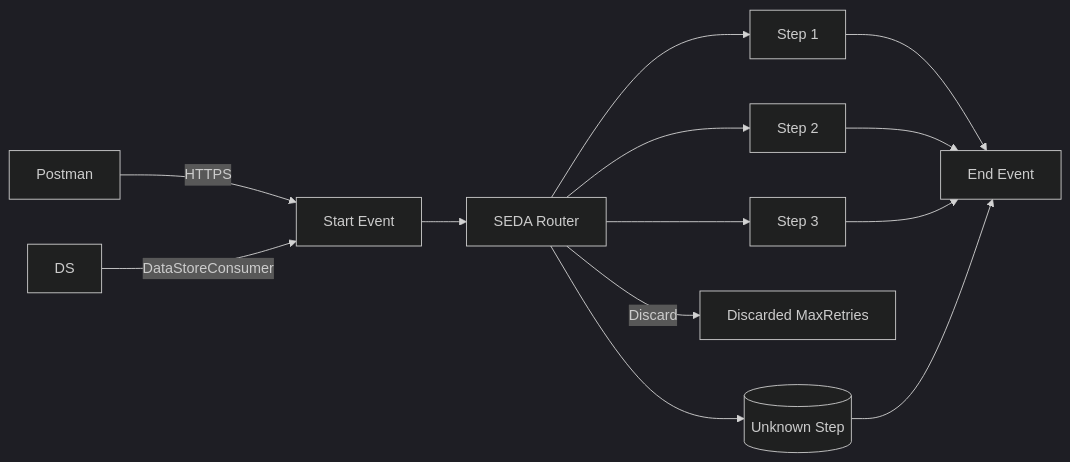
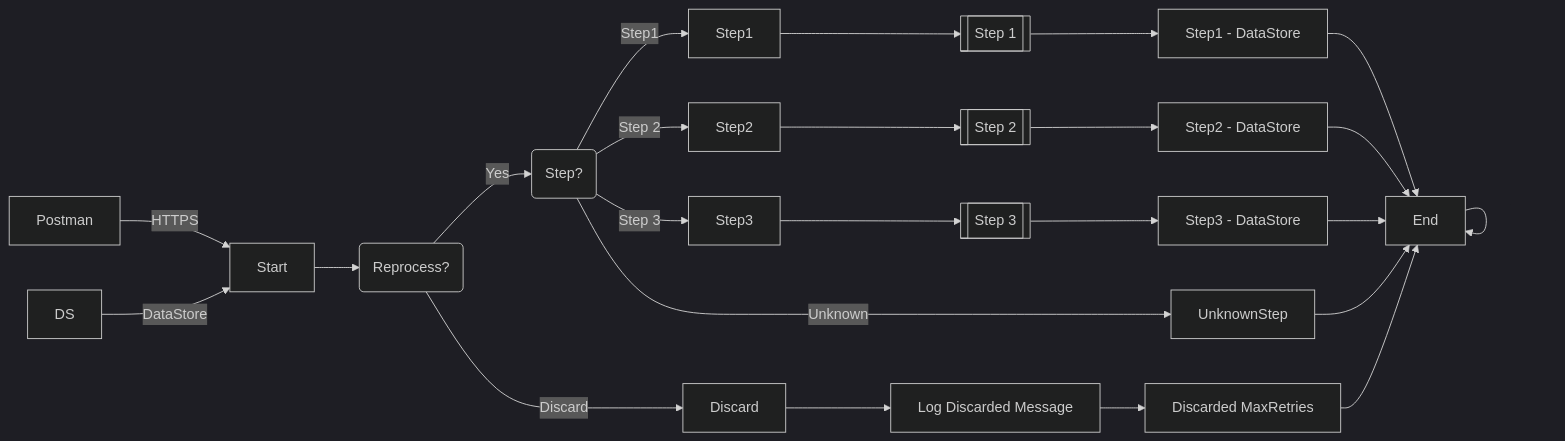
The diagram in MMZ - Cell Iflows/SEDA_Model_-_Single_DS_-_Restart_and_Discard_MMZ-1.0.1/readme.md (Avvale-IA-CICD/AvvaleCPI), drawn with Mermaid (dark theme) before and after one commit. The commit also changed other lines of this file, not shown here.

Commit message:
Add/update documentation for SEDA_Model_-_Single_DS_-_Restart_and_Discard_MMZ v1.0.1

````diff
--- a/MMZ - Cell Iflows/SEDA_Model_-_Single_DS_-_Restart_and_Discard_MMZ-1.0.1/readme.md
+++ b/MMZ - Cell Iflows/SEDA_Model_-_Single_DS_-_Restart_and_Discard_MMZ-1.0.1/readme.md
@@ -4,25 +4,53 @@
 ```mermaid
 graph LR
     Postman[Postman]
     DS[DS]
-    Start[Start Event]
-    Router[SEDA Router]
-    Step1[Step 1]
-    Step2[Step 2]
-    Step3[Step 3]
-    End[End Event]
-    Discard[Discarded MaxRetries]
+    StartEvent[Start]
+    StepChoice(Step?)
+    Step1[Step1]
+    Step2[Step2]
+    Step3[Step3]
+    UnknownStep[UnknownStep]
+    DataStore1[Step1 - DataStore]
+    DataStore2[Step2 - DataStore]
+    DataStore3[Step3 - DataStore]
+    EndEvent[End]
+    DiscardCheck(Reprocess?)
+    Discarded[Discard]
+    LogDiscarded[Log Discarded Message]
+    EndDiscarded[Discarded MaxRetries]
+    SubProcess1[[Step 1]]
+    SubProcess2[[Step 2]]
+    SubProcess3[[Step 3]]
 
-    Postman -- HTTPS --> Start
-    DS -- DataStoreConsumer --> Start
-    Start --> Router
-    Router --> Step1
-    Router --> Step2
-    Router --> Step3
-    Router --> Unknown[(Unknown Step)]
-    Router -- Discard  --> Discard
-    Step1 --> End
-    Step2 --> End
-    Step3 --> End
-    Unknown --> End
+    Postman -- HTTPS --> StartEvent
+    DS -- DataStore --> StartEvent
+    StartEvent --> DiscardCheck
+
+    DiscardCheck -- Yes --> StepChoice
+    DiscardCheck -- Discard --> Discarded
+    Discarded --> LogDiscarded
+    LogDiscarded --> EndDiscarded
+    
+    StepChoice -- Step1 --> Step1
+    StepChoice -- Step 2 --> Step2
+    StepChoice -- Step 3 --> Step3
+    StepChoice -- Unknown --> UnknownStep
+
+    Step1 --> SubProcess1
+    SubProcess1 --> DataStore1
+    DataStore1 --> EndEvent
+    
+    Step2 --> SubProcess2
+    SubProcess2 --> DataStore2
+    DataStore2 --> EndEvent
+    
+    Step3 --> SubProcess3
+    SubProcess3 --> DataStore3
+    DataStore3 --> EndEvent    
+    
+    UnknownStep --> EndEvent    
+
+    EndEvent --> EndEvent
+    EndDiscarded --> EndEvent    
 ```
````
